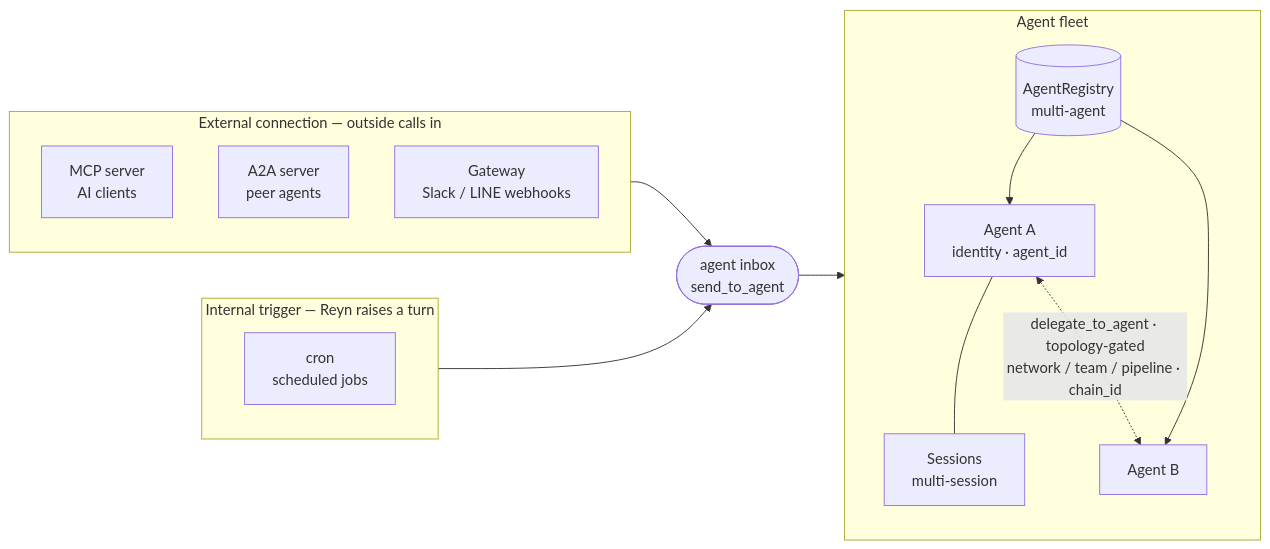
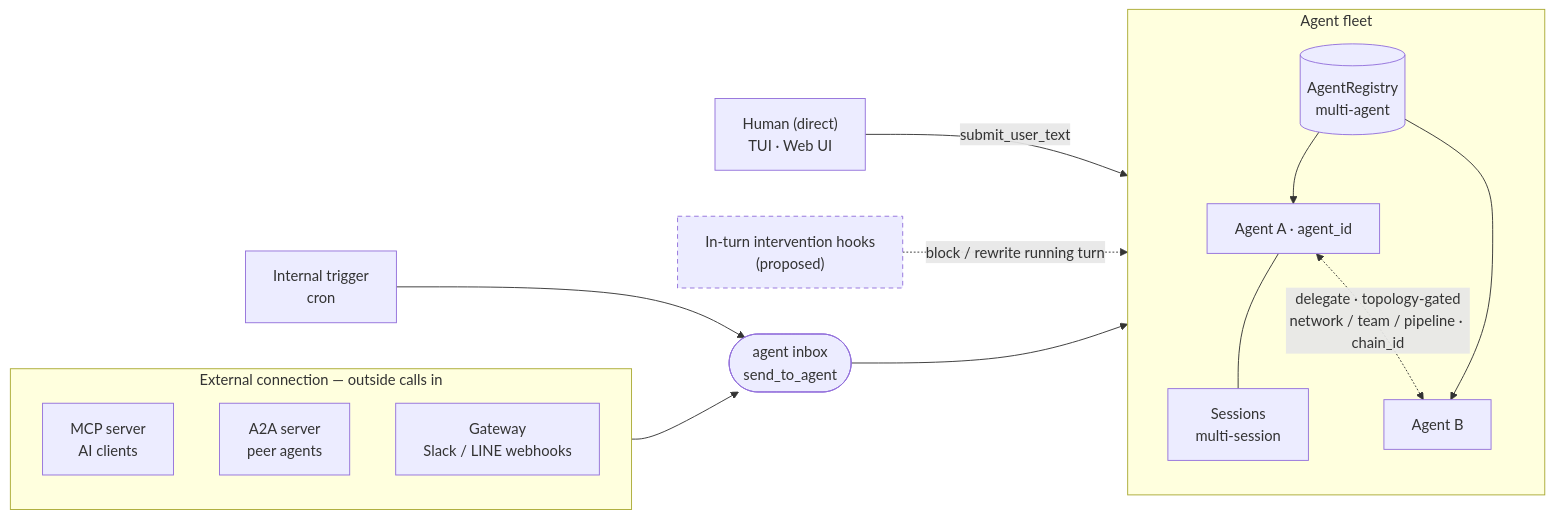
The second of 2 diagrams in README.md (tya5/reyn), drawn with Mermaid before and after one commit. The commit also changed other lines of this file and 1 other file, not shown here.

First paragraph of the commit message:
docs(readme): breadth diagram v2 — human-direct lane, FastAPI substrate, in-turn hooks (proposed) (#1976)
* docs(readme): breadth diagram v2 — human-direct lane, FastAPI substrate, in-turn hooks

````diff
--- a/README.md
+++ b/README.md
@@ -126,27 +126,29 @@
 ```mermaid
 flowchart LR
-    subgraph L1["External connection — outside calls in"]
+    HUMAN["Human (direct)<br/>TUI · Web UI"]
+    subgraph EXT["External connection — outside calls in"]
       direction TB
       MCP["MCP server<br/>AI clients"]
       A2A["A2A server<br/>peer agents"]
       GW["Gateway<br/>Slack / LINE webhooks"]
     end
-    subgraph L2["Internal trigger — Reyn raises a turn"]
-      direction TB
-      CRON["cron<br/>scheduled jobs"]
-    end
+    INT["Internal trigger<br/>cron"]
     INBOX(["agent inbox<br/>send_to_agent"])
-    L1 --> INBOX
-    L2 --> INBOX
+    EXT --> INBOX
+    INT --> INBOX
     subgraph FLEET["Agent fleet"]
       direction TB
       REG[("AgentRegistry<br/>multi-agent")]
-      Ax["Agent A<br/>identity · agent_id"]
+      Ax["Agent A · agent_id"]
       Ay["Agent B"]
       Ax --- SAx["Sessions<br/>multi-session"]
       REG --> Ax
       REG --> Ay
     end
+    HUMAN -- submit_user_text --> Ax
     INBOX --> FLEET
-    Ax <-. "delegate_to_agent · topology-gated<br/>network / team / pipeline · chain_id" .-> Ay
+    HOOK["In-turn intervention hooks<br/>(proposed)"] -. block / rewrite running turn .-> Ax
+    Ax <-. "delegate · topology-gated<br/>network / team / pipeline · chain_id" .-> Ay
+    classDef pr stroke-dasharray:5 4;
+    class HOOK pr;
 ```
````
